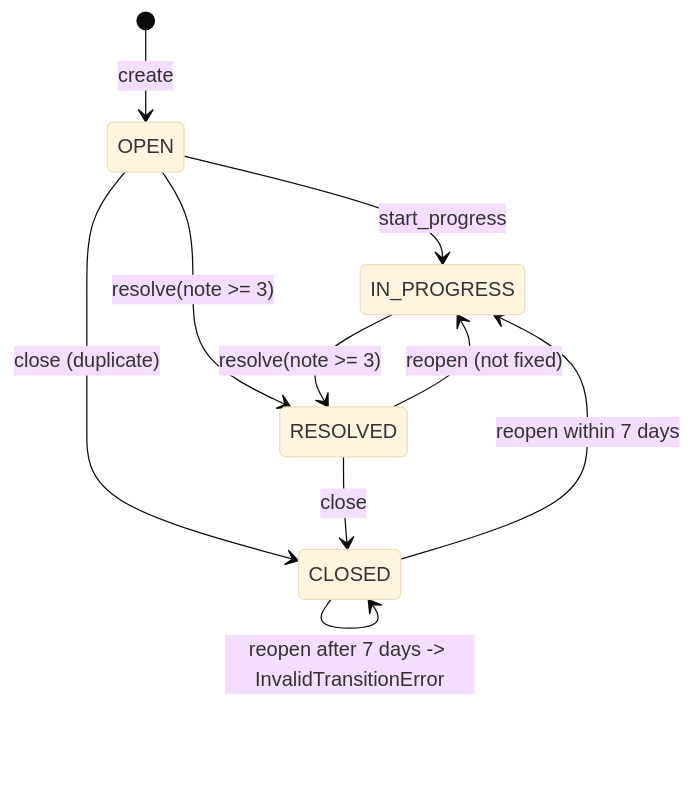
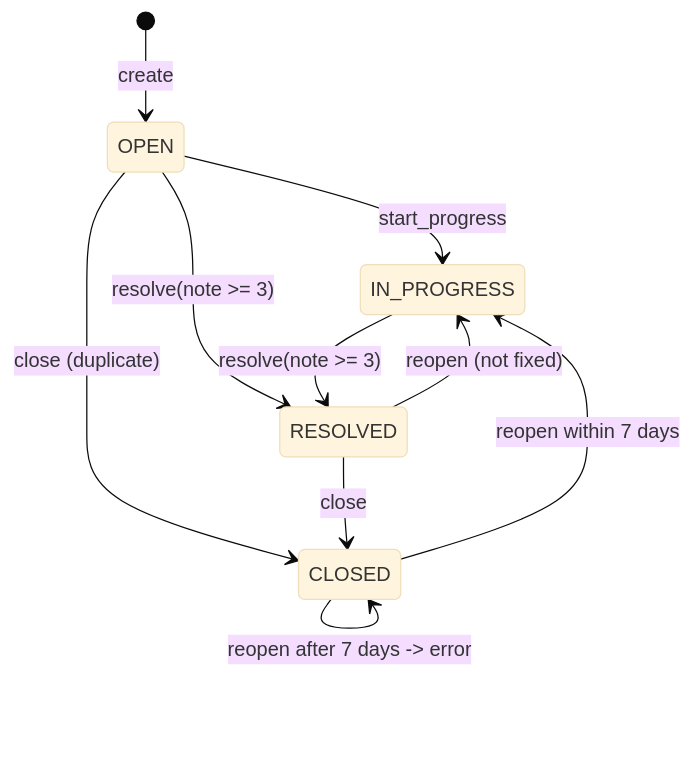
The first of 2 diagrams in README.md (omom5192/HelpDesk), drawn with Mermaid (base theme) before and after one commit. The commit also changed other lines of this file and 15 other files, not shown here.

````diff
--- a/README.md
+++ b/README.md
@@ -178,12 +151,12 @@
 ```mermaid
 stateDiagram-v2
     [*] --> OPEN : create
     OPEN --> IN_PROGRESS : start_progress
     OPEN --> RESOLVED : resolve(note >= 3)
     OPEN --> CLOSED : close (duplicate)
     IN_PROGRESS --> RESOLVED : resolve(note >= 3)
     RESOLVED --> CLOSED : close
     RESOLVED --> IN_PROGRESS : reopen (not fixed)
     CLOSED --> IN_PROGRESS : reopen within 7 days
-    CLOSED --> CLOSED : reopen after 7 days -> InvalidTransitionError
+    CLOSED --> CLOSED : reopen after 7 days -> error
 ```
````
